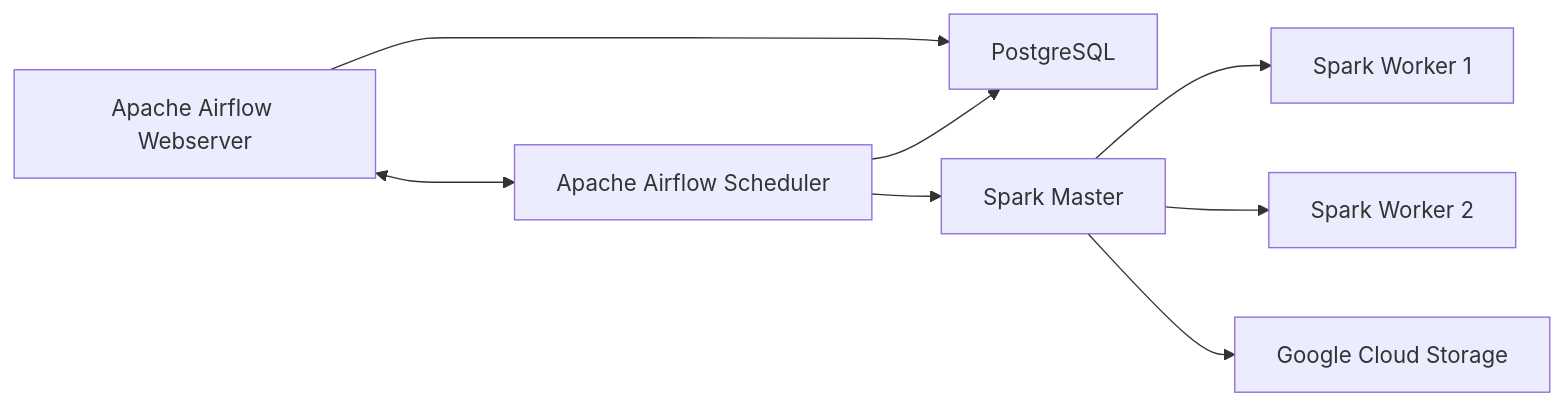
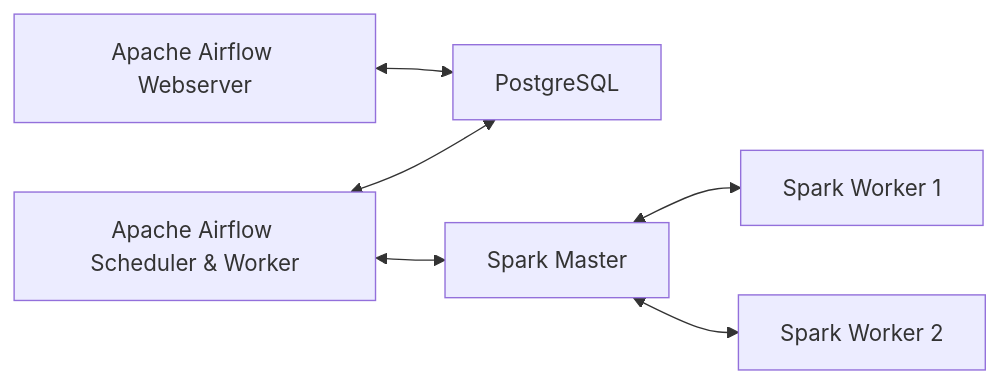
Before and after one commit to JeanEdinson/Chicago-Crime-Pipeline: the seventh of 7 diagrams in README.md, drawn with Mermaid.

````diff
--- a/README.md
+++ b/README.md
@@ -1517,31 +1517,25 @@
 ```mermaid
 flowchart LR
 
 A[Apache Airflow Webserver]
 
-B[Apache Airflow Scheduler]
+B[Apache Airflow Scheduler & Worker]
 
 C[PostgreSQL]
 
 D[Spark Master]
 
 E[Spark Worker 1]
 
 F[Spark Worker 2]
 
-G[Google Cloud Storage]
+B <--> D
 
-A <---> B
+D <--> E
 
-B --> D
+D <--> F
 
-D --> E
+A <--> C
 
-D --> F
-
-D --> G
-
-A --> C
-
-B --> C
+B <--> C
 ```
````
